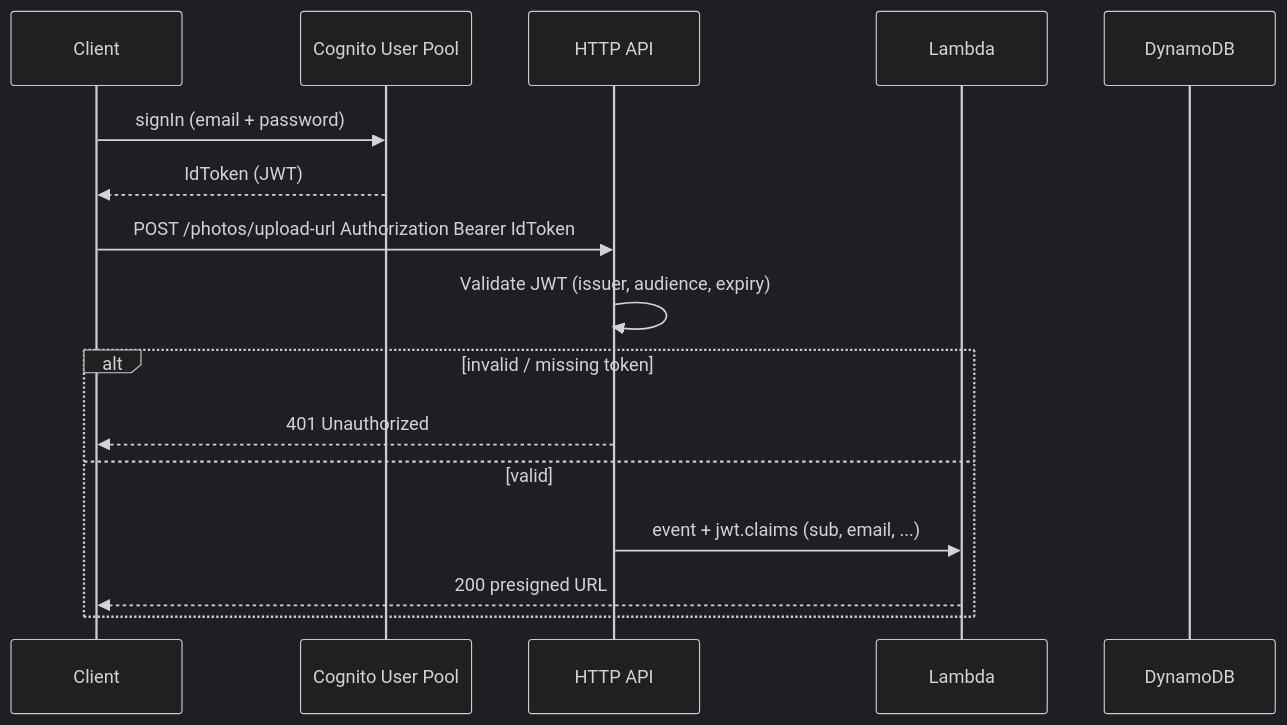
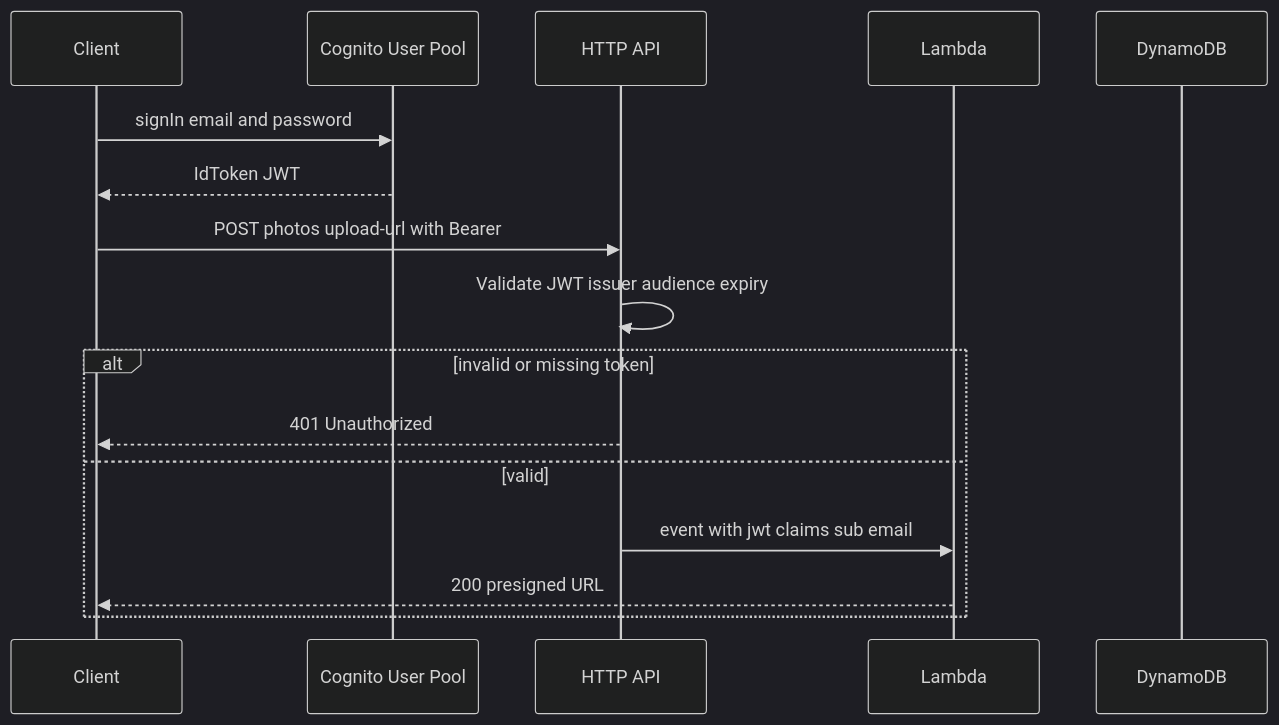
Before and after one commit to stephenfreely/photostore: the seventh of 8 diagrams in README.md, drawn with Mermaid (dark theme). The commit also changed other lines of this file, not shown here.

````diff
--- a/README.md
+++ b/README.md
@@ -851,20 +856,20 @@
 ```mermaid
 sequenceDiagram
   participant Client
   participant Cognito as Cognito User Pool
   participant GW as HTTP API
   participant Lambda
   participant DDB as DynamoDB
 
-  Client->>Cognito: signIn (email + password)
-  Cognito-->>Client: IdToken (JWT)
+  Client->>Cognito: signIn email and password
+  Cognito-->>Client: IdToken JWT
 
-  Client->>GW: POST /photos/upload-url Authorization Bearer IdToken
-  GW->>GW: Validate JWT (issuer, audience, expiry)
-  alt invalid / missing token
+  Client->>GW: POST photos upload-url with Bearer
+  GW->>GW: Validate JWT issuer audience expiry
+  alt invalid or missing token
     GW-->>Client: 401 Unauthorized
   else valid
-    GW->>Lambda: event + jwt.claims (sub, email, ...)
+    GW->>Lambda: event with jwt claims sub email
     Lambda-->>Client: 200 presigned URL
   end
 ```
````
